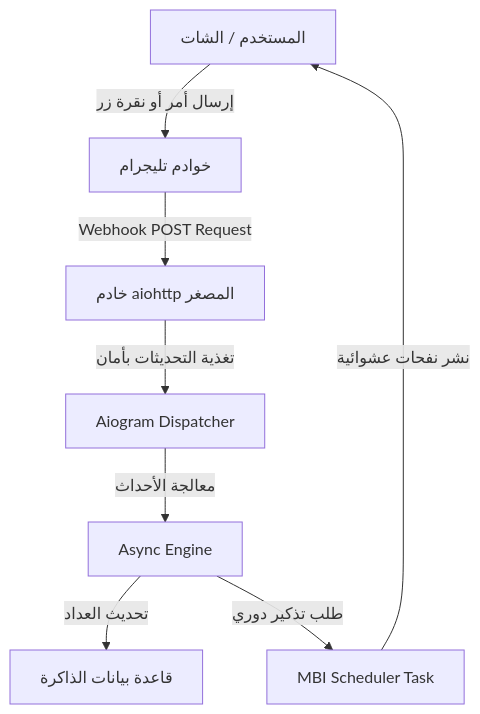
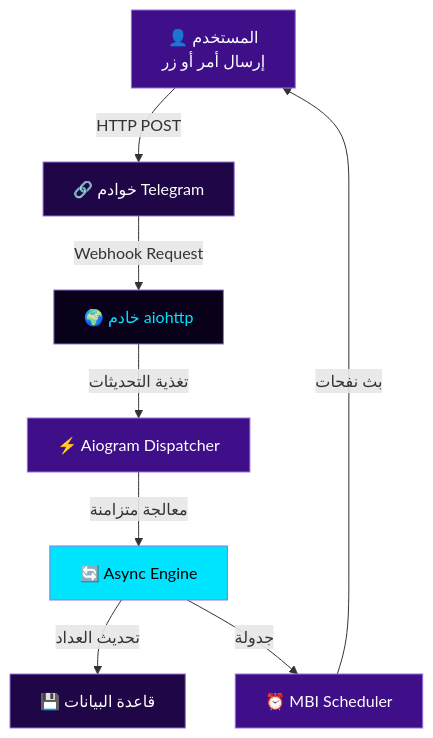
One commit to RamiDevX/Noorify_Bot changed the diagram in README.md. Above: the diagram before and after it, drawn with Mermaid. The commit also changed other lines of this file, not shown here.

Commit message:
✨ تحديث README - تصميم احترافي وجميل مع جدول محتويات وأقسام محسنة

````diff
--- a/README.md
+++ b/README.md
@@ -37,11 +96,18 @@
 ```mermaid
-flowchart TD
-    A[المستخدم / الشات] -->|إرسال أمر أو نقرة زر| B[خوادم تليجرام]
-    B -->|Webhook POST Request| C[خادم aiohttp المصغر]
-    C -->|تغذية التحديثات بأمان| D[Aiogram Dispatcher]
-    D -->|معالجة الأحداث| E[Async Engine]
-    E -->|تحديث العداد| F[قاعدة بيانات الذاكرة]
-    E -->|طلب تذكير دوري| G[MBI Scheduler Task]
-    G -->|نشر نفحات عشوائية| A
-
+graph TD
+    A["👤 المستخدم<br/>إرسال أمر أو زر"] -->|HTTP POST| B["🔗 خوادم Telegram"]
+    B -->|Webhook Request| C["🌍 خادم aiohttp"]
+    C -->|تغذية التحديثات| D["⚡ Aiogram Dispatcher"]
+    D -->|معالجة متزامنة| E["🔄 Async Engine"]
+    E -->|تحديث العداد| F["💾 قاعدة البيانات"]
+    E -->|جدولة| G["⏰ MBI Scheduler"]
+    G -->|بث نفحات| A
+    
+    style A fill:#3f0f8a,color:#fff
+    style B fill:#1f0647,color:#fff
+    style C fill:#09011a,color:#00E5FF
+    style D fill:#3f0f8a,color:#fff
+    style E fill:#00E5FF,color:#000
+    style F fill:#1f0647,color:#fff
+    style G fill:#3f0f8a,color:#fff
 ```
````
